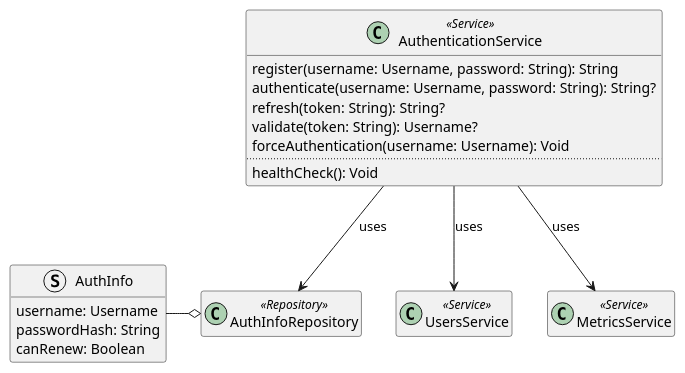
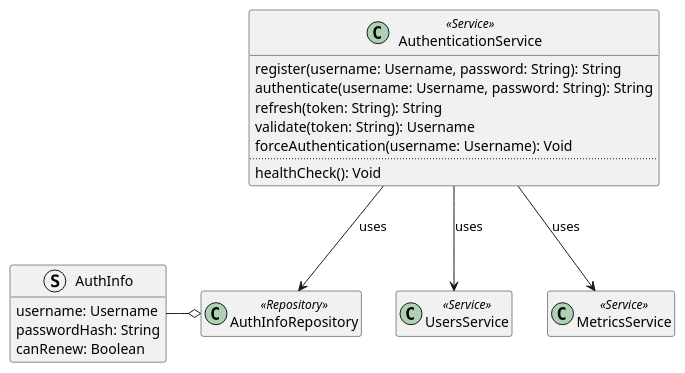
The diagram in doc/diagrams/src/authentication-service-domain-model.puml (Ventus218/SAP-assignment-02), drawn with PlantUML before and after one commit. The commit also changed 15 other files, not shown here.

```diff
--- a/doc/diagrams/src/authentication-service-domain-model.puml
+++ b/doc/diagrams/src/authentication-service-domain-model.puml
@@ -1,32 +1,32 @@
 @startuml authentication-service-domain-model
 
 struct AuthInfo {
     username: Username
     passwordHash: String
     canRenew: Boolean
 }
 
 class AuthInfoRepository <<Repository>>
 AuthInfoRepository o-l- AuthInfo
 
 class AuthenticationService <<Service>> {
     register(username: Username, password: String): String
-    authenticate(username: Username, password: String): String?
-    refresh(token: String): String?
-    validate(token: String): Username?
+    authenticate(username: Username, password: String): String
+    refresh(token: String): String
+    validate(token: String): Username
     forceAuthentication(username: Username): Void
     ..
     healthCheck(): Void
 }
 
 AuthenticationService --> AuthInfoRepository : "uses"
 
 class UsersService <<Service>>
 AuthenticationService --> UsersService : "uses"
 
 class MetricsService <<Service>>
 AuthenticationService --> MetricsService : "uses"
 
 hide empty members
 
 @enduml
```
